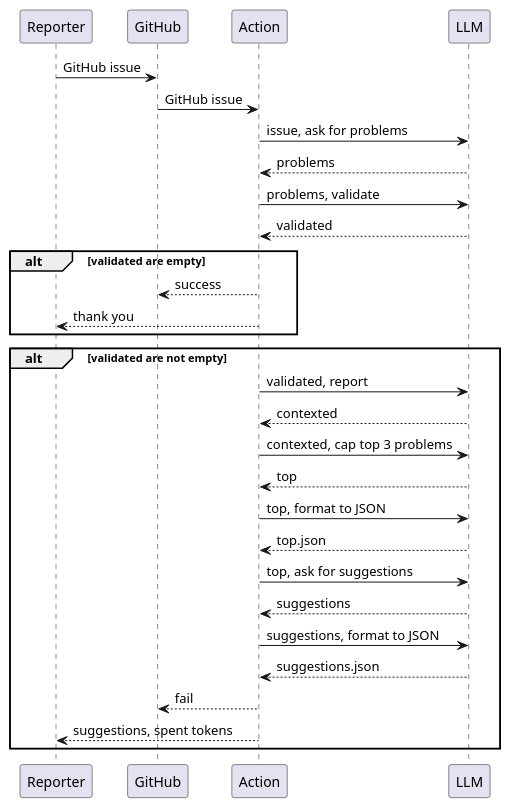
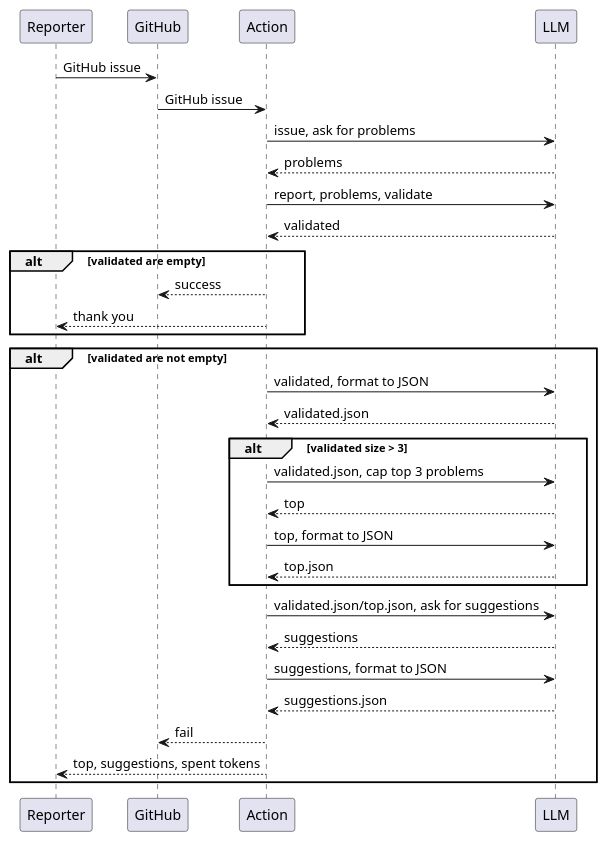
Before and after one commit to tracehubpm/reports-check-action: the diagram in doc/evaluation.puml, drawn with PlantUML. The commit also changed 5 other files, not shown here.

Commit message:
feat(#66, #70): problems -> validated -> validated.json

```diff
--- a/doc/evaluation.puml
+++ b/doc/evaluation.puml
@@ -1,31 +1,33 @@
 @startuml
 participant Reporter as reporter
 participant GitHub as github
 participant Action as action
 participant LLM as llm
 
 reporter -> github: GitHub issue
 github -> action: GitHub issue
 action -> llm: issue, ask for problems
 llm --> action: problems
-action -> llm: problems, validate
+action -> llm: report, problems, validate
 llm --> action: validated
 alt validated are empty
   action --> github: success
   action --> reporter: thank you
 end
 alt validated are not empty
-  action -> llm: validated, report
-  llm --> action: contexted
-  action -> llm: contexted, cap top 3 problems
-  llm --> action: top
-  action -> llm: top, format to JSON
-  llm --> action: top.json
-  action -> llm: top, ask for suggestions
+  action -> llm: validated, format to JSON
+  llm --> action: validated.json
+  alt validated size > 3
+    action -> llm: validated.json, cap top 3 problems
+    llm --> action: top
+    action -> llm: top, format to JSON
+    llm --> action: top.json
+  end
+  action -> llm: validated.json/top.json, ask for suggestions
   llm --> action: suggestions
   action -> llm: suggestions, format to JSON
   llm --> action: suggestions.json
   action --> github: fail
-  action --> reporter: suggestions, spent tokens
+  action --> reporter: top, suggestions, spent tokens
 end
 @enduml
```
